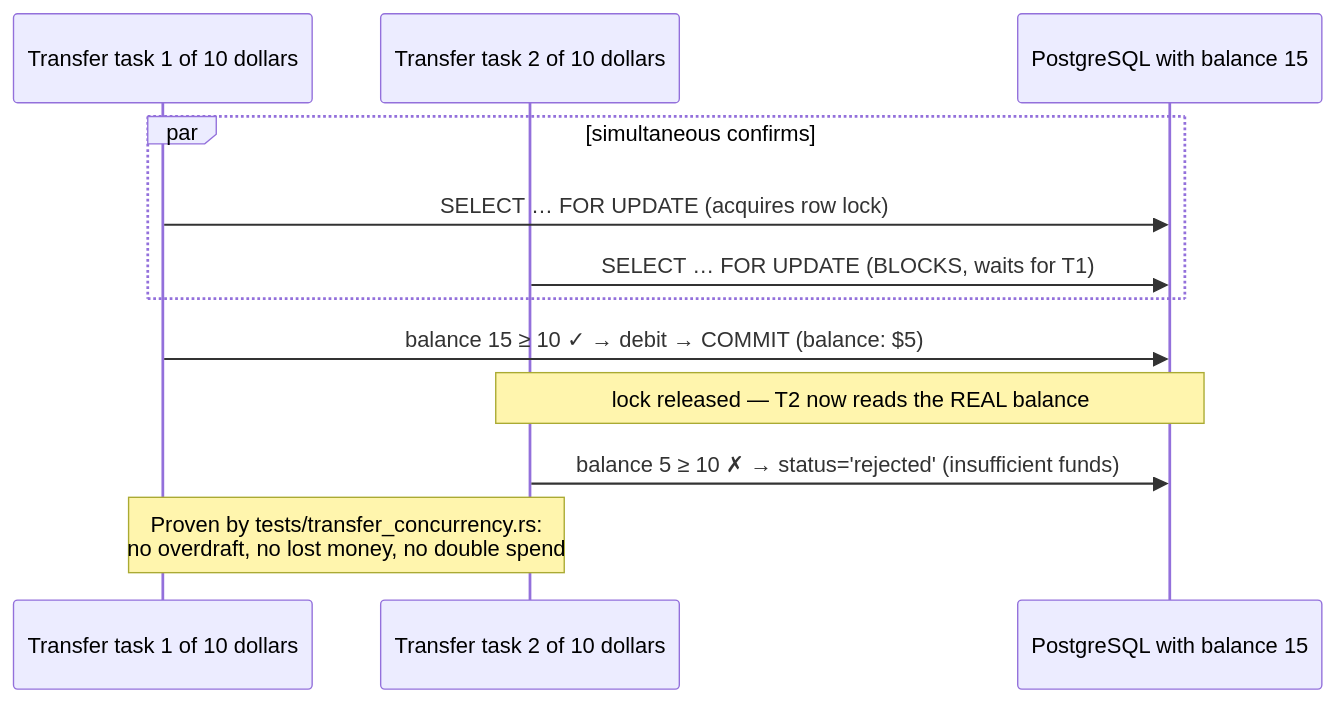
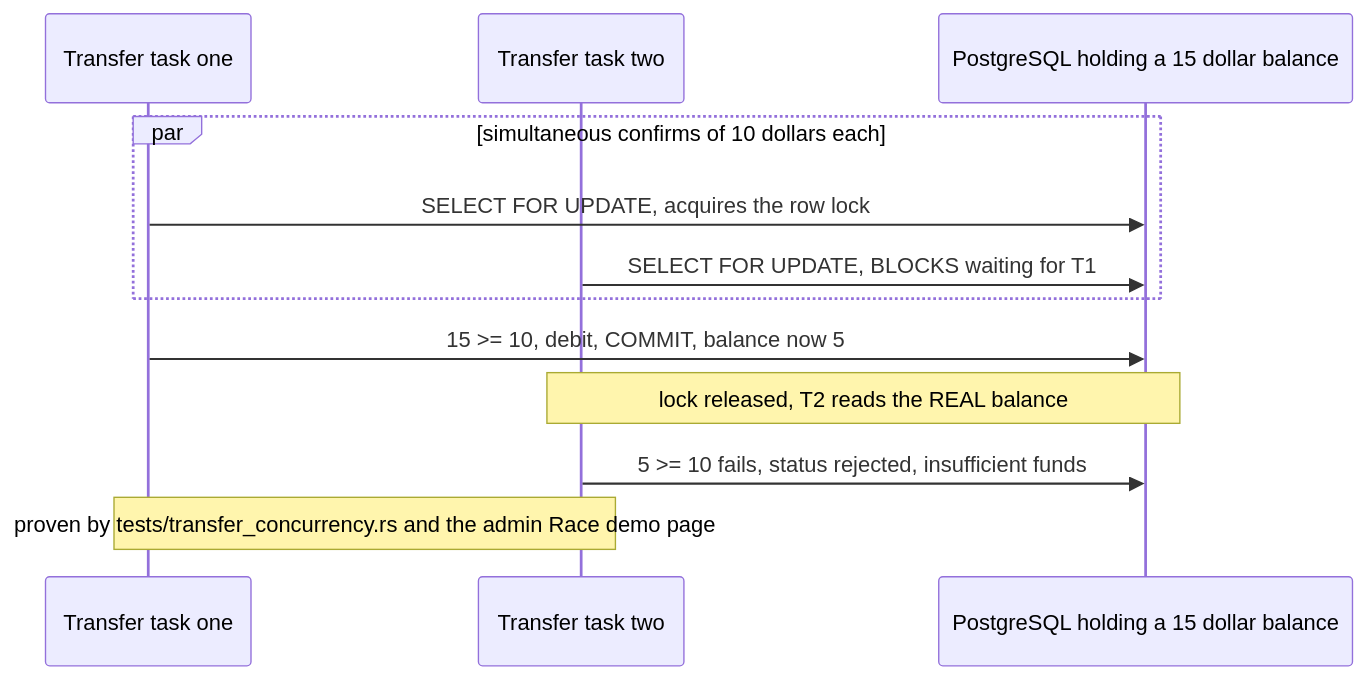
The fifth of 14 diagrams in docs/FLOWS.md (cthyuiii/FerroBank), drawn with Mermaid before and after one commit. The commit also changed other lines of this file and 61 other files, not shown here.

````diff
--- a/docs/FLOWS.md
+++ b/docs/FLOWS.md
@@ -146,15 +131,15 @@
 ```mermaid
 sequenceDiagram
-    participant T1 as Transfer task 1 of 10 dollars
-    participant T2 as Transfer task 2 of 10 dollars
-    participant P as PostgreSQL with balance 15
+    participant T1 as Transfer task one
+    participant T2 as Transfer task two
+    participant P as PostgreSQL holding a 15 dollar balance
 
-    par simultaneous confirms
-        T1->>P: SELECT … FOR UPDATE  (acquires row lock)
-        T2->>P: SELECT … FOR UPDATE  (BLOCKS, waits for T1)
+    par simultaneous confirms of 10 dollars each
+        T1->>P: SELECT FOR UPDATE, acquires the row lock
+        T2->>P: SELECT FOR UPDATE, BLOCKS waiting for T1
     end
-    T1->>P: balance 15 ≥ 10 ✓ → debit → COMMIT (balance: $5)
-    Note over T2,P: lock released — T2 now reads the REAL balance
-    T2->>P: balance 5 ≥ 10 ✗ → status='rejected' (insufficient funds)
-    Note over T1,T2: Proven by tests/transfer_concurrency.rs:<br/>no overdraft, no lost money, no double spend
+    T1->>P: 15 >= 10, debit, COMMIT, balance now 5
+    Note over T2,P: lock released, T2 reads the REAL balance
+    T2->>P: 5 >= 10 fails, status rejected, insufficient funds
+    Note over T1,T2: proven by tests/transfer_concurrency.rs and the admin Race demo page
 ```
````
